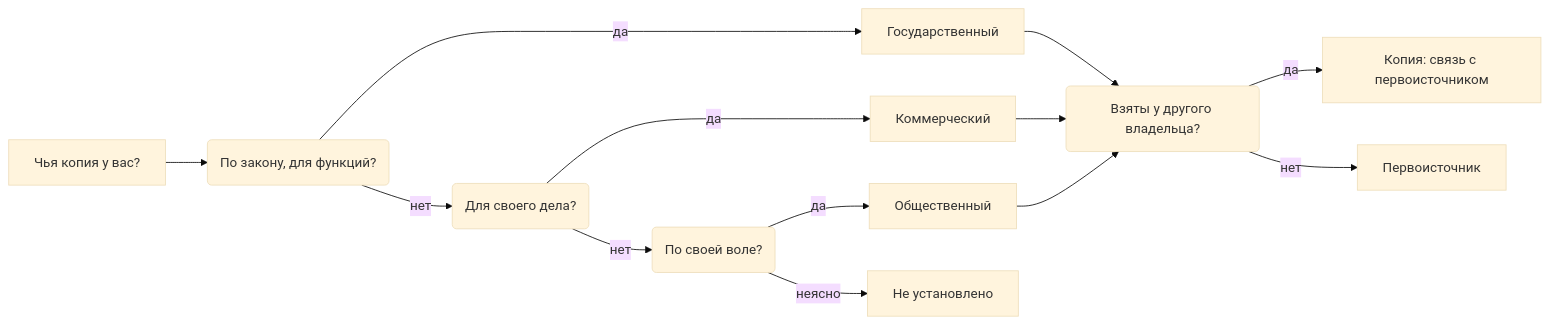
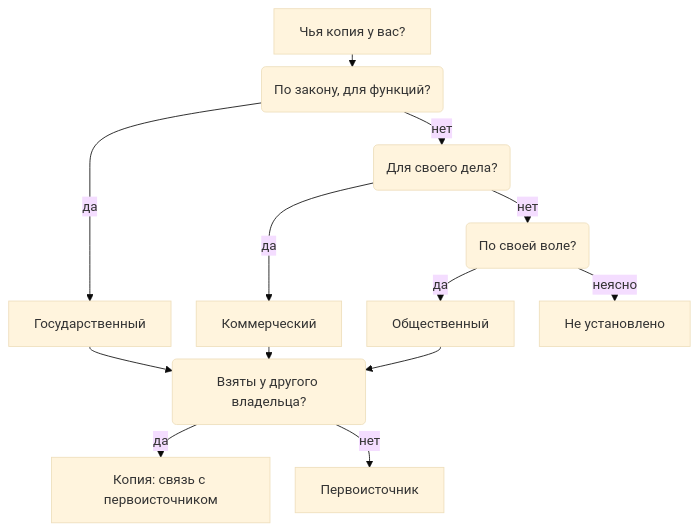
Before and after one commit to ivbeg/data-inventory: the first of 2 diagrams in docs/04-sources/01-three-layers.md, drawn with Mermaid (base theme). The commit also changed 34 other files, not shown here.

First line of the commit message:
Читаемая карта от продукта и единый размер схем в PDF

````diff
--- a/docs/04-sources/01-three-layers.md
+++ b/docs/04-sources/01-three-layers.md
@@ -29,15 +29,24 @@
 ```mermaid
-flowchart LR
+---
+config:
+  layout: dagre
+  flowchart:
+    rankSpacing: 15
+    nodeSpacing: 30
+    minNodeWidth: 40
+    wrappingWidth: 200
+---
+flowchart TB
   A["Чья копия у вас?"] --> Q1("По закону, для функций?")
   Q1 -- "да" --> G["Государственный"]
   Q1 -- "нет" --> Q2("Для своего дела?")
   Q2 -- "да" --> K["Коммерческий"]
   Q2 -- "нет" --> Q3("По своей воле?")
   Q3 -- "да" --> O["Общественный"]
   Q3 -- "неясно" --> N["Не установлено"]
   G --> Q4("Взяты у другого владельца?")
   K --> Q4
   O --> Q4
   Q4 -- "да" --> C["Копия: связь с первоисточником"]
   Q4 -- "нет" --> P["Первоисточник"]
 ```
````
